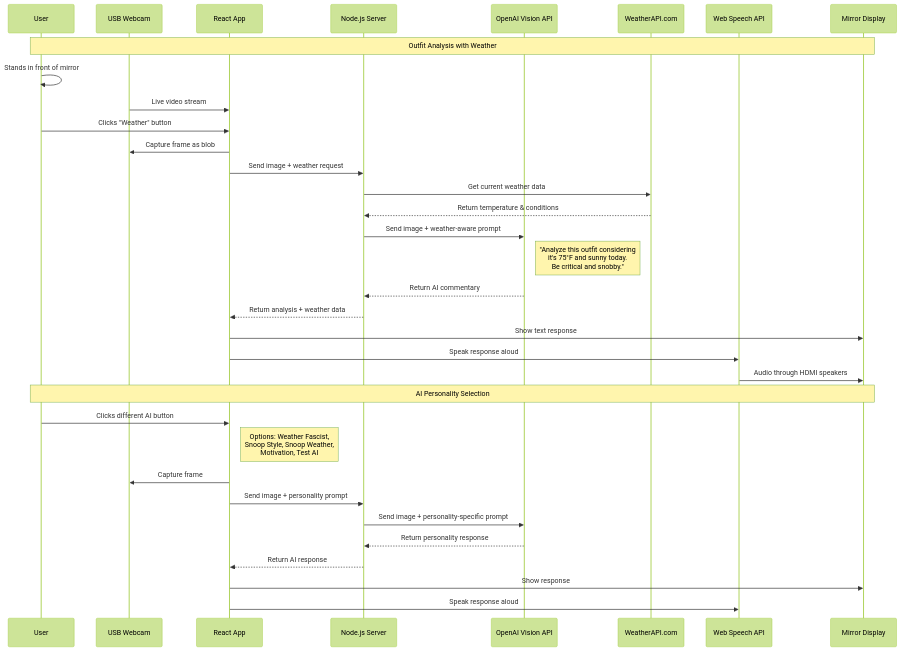
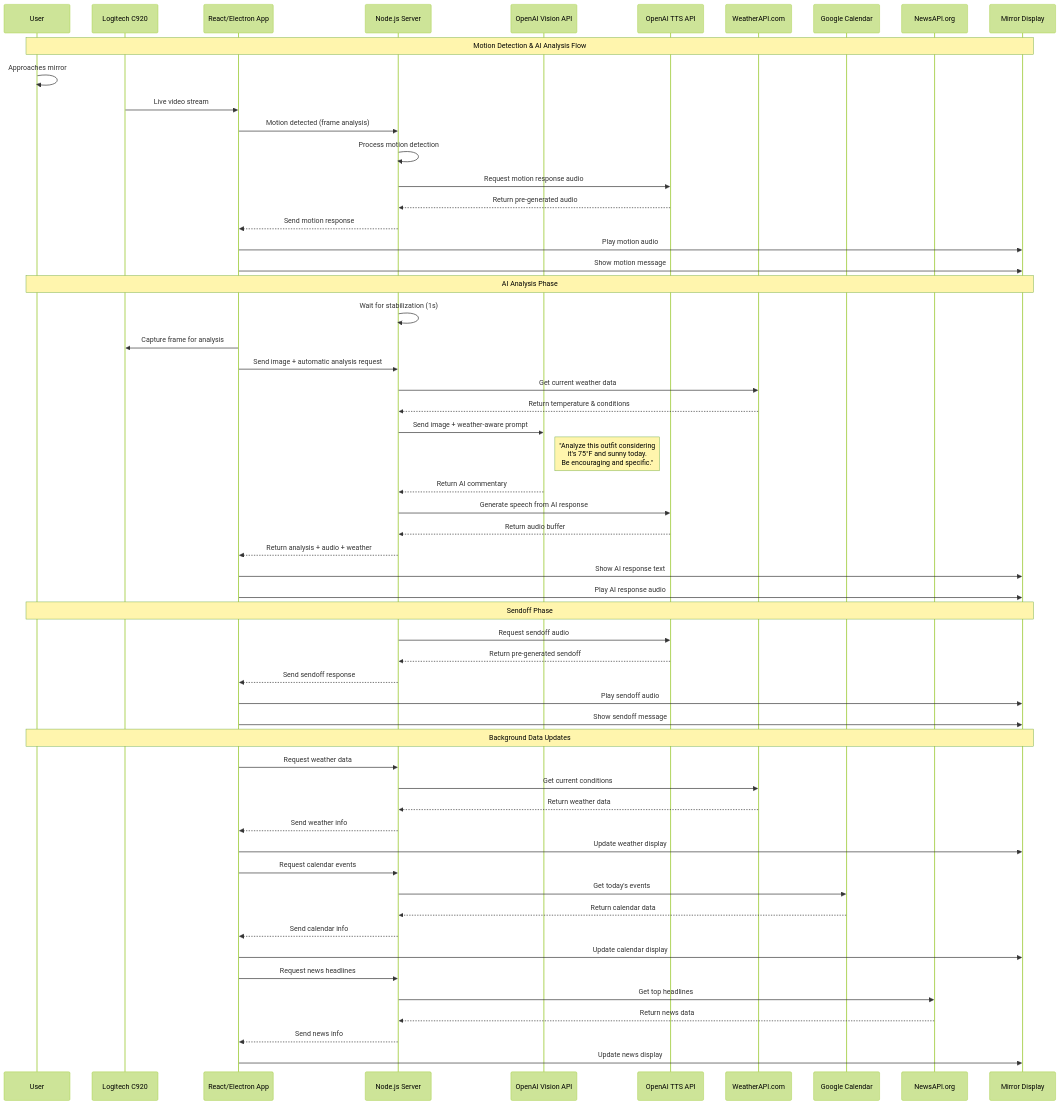
The diagram in docs/mermaid/data-flow.md (bbeaudet-dev/smart-mirror), drawn with Mermaid (forest theme) before and after one commit. The commit also changed 13 other files, not shown here.

````diff
--- a/docs/mermaid/data-flow.md
+++ b/docs/mermaid/data-flow.md
@@ -3,40 +3,69 @@
 ```mermaid
 sequenceDiagram
     participant User
-    participant Webcam as USB Webcam
-    participant React as React App
+    participant Webcam as Logitech C920
+    participant React as React/Electron App
     participant Server as Node.js Server
     participant OpenAI as OpenAI Vision API
+    participant TTS as OpenAI TTS API
     participant Weather as WeatherAPI.com
-    participant TTS as Web Speech API
+    participant Calendar as Google Calendar
+    participant News as NewsAPI.org
     participant Display as Mirror Display
 
-    Note over User,Display: Outfit Analysis with Weather
+    Note over User,Display: Motion Detection & AI Analysis Flow
 
-    User->>User: Stands in front of mirror
+    User->>User: Approaches mirror
     Webcam->>React: Live video stream
-    User->>React: Clicks "Weather" button
-    React->>Webcam: Capture frame as blob
-    React->>Server: Send image + weather request
+    React->>Server: Motion detected (frame analysis)
+    Server->>Server: Process motion detection
+    Server->>TTS: Request motion response audio
+    TTS-->>Server: Return pre-generated audio
+    Server-->>React: Send motion response
+    React->>Display: Play motion audio
+    React->>Display: Show motion message
+
+    Note over User,Display: AI Analysis Phase
+
+    Server->>Server: Wait for stabilization (1s)
+    React->>Webcam: Capture frame for analysis
+    React->>Server: Send image + automatic analysis request
     Server->>Weather: Get current weather data
     Weather-->>Server: Return temperature & conditions
     Server->>OpenAI: Send image + weather-aware prompt
-    Note right of OpenAI: "Analyze this outfit considering<br/>it's 75°F and sunny today.<br/>Be critical and snobby."
+    Note right of OpenAI: "Analyze this outfit considering<br/>it's 75°F and sunny today.<br/>Be encouraging and specific."
     OpenAI-->>Server: Return AI commentary
-    Server-->>React: Return analysis + weather data
-    React->>Display: Show text response
-    React->>TTS: Speak response aloud
-    TTS->>Display: Audio through HDMI speakers
+    Server->>TTS: Generate speech from AI response
+    TTS-->>Server: Return audio buffer
+    Server-->>React: Return analysis + audio + weather
+    React->>Display: Show AI response text
+    React->>Display: Play AI response audio
 
-    Note over User,Display: AI Personality Selection
+    Note over User,Display: Sendoff Phase
 
-    User->>React: Clicks different AI button
-    Note right of React: Options: Weather Fascist,<br/>Snoop Style, Snoop Weather,<br/>Motivation, Test AI
-    React->>Webcam: Capture frame
-    React->>Server: Send image + personality prompt
-    Server->>OpenAI: Send image + personality-specific prompt
-    OpenAI-->>Server: Return personality response
-    Server-->>React: Return AI response
-    React->>Display: Show response
-    React->>TTS: Speak response aloud
+    Server->>TTS: Request sendoff audio
+    TTS-->>Server: Return pre-generated sendoff
+    Server-->>React: Send sendoff response
+    React->>Display: Play sendoff audio
+    React->>Display: Show sendoff message
+
+    Note over User,Display: Background Data Updates
+
+    React->>Server: Request weather data
+    Server->>Weather: Get current conditions
+    Weather-->>Server: Return weather data
+    Server-->>React: Send weather info
+    React->>Display: Update weather display
+
+    React->>Server: Request calendar events
+    Server->>Calendar: Get today's events
+    Calendar-->>Server: Return calendar data
+    Server-->>React: Send calendar info
+    React->>Display: Update calendar display
+
+    React->>Server: Request news headlines
+    Server->>News: Get top headlines
+    News-->>Server: Return news data
+    Server-->>React: Send news info
+    React->>Display: Update news display
 ```
````
